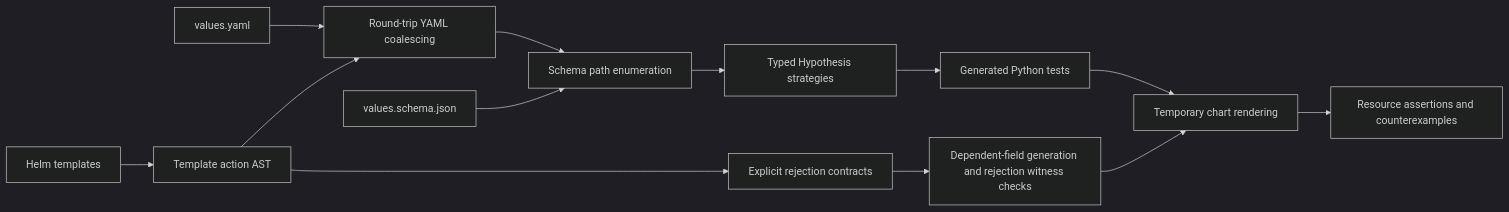
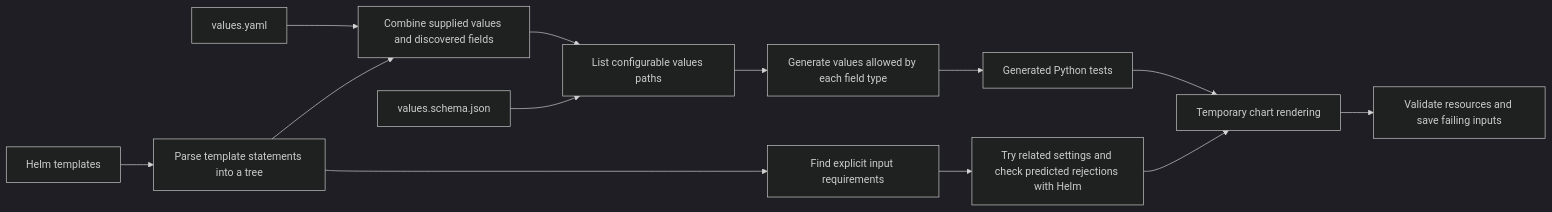
Before and after one commit to astrivant/hypothesis-helm: the diagram in docs/architecture/README.md, drawn with Mermaid (dark theme). The commit also changed other lines of this file and 9 other files, not shown here.

````diff
--- a/docs/architecture/README.md
+++ b/docs/architecture/README.md
@@ -5,15 +11,15 @@
 ```mermaid
 flowchart LR
-    Values[values.yaml] --> Coalesce[Round-trip YAML coalescing]
-    Templates[Helm templates] --> AST[Template action AST]
+    Values[values.yaml] --> Coalesce[Combine supplied values and discovered fields]
+    Templates[Helm templates] --> AST[Parse template statements into a tree]
     AST --> Coalesce
-    AST --> Contracts[Explicit rejection contracts]
-    Schema[values.schema.json] --> Paths[Schema path enumeration]
+    AST --> Contracts[Find explicit input requirements]
+    Schema[values.schema.json] --> Paths[List configurable values paths]
     Coalesce --> Paths
-    Paths --> Strategies[Typed Hypothesis strategies]
+    Paths --> Strategies[Generate values allowed by each field type]
     Strategies --> Tests[Generated Python tests]
-    Contracts --> Guidance[Dependent-field generation and rejection witness checks]
+    Contracts --> Guidance[Try related settings and check predicted rejections with Helm]
     Guidance --> Helm
     Tests --> Helm[Temporary chart rendering]
-    Helm --> Assertions[Resource assertions and counterexamples]
+    Helm --> Assertions[Validate resources and save failing inputs]
 ```
````
